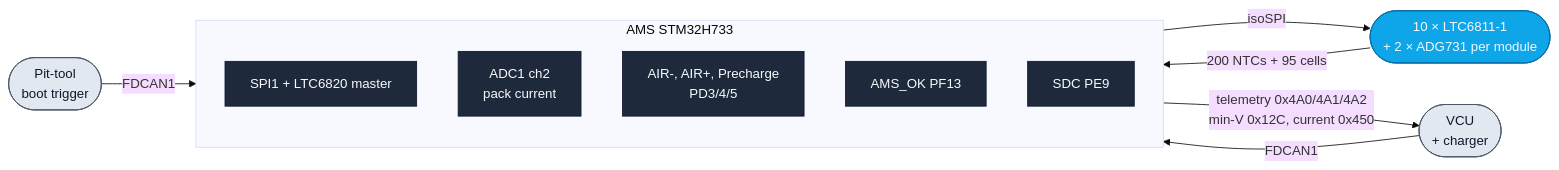
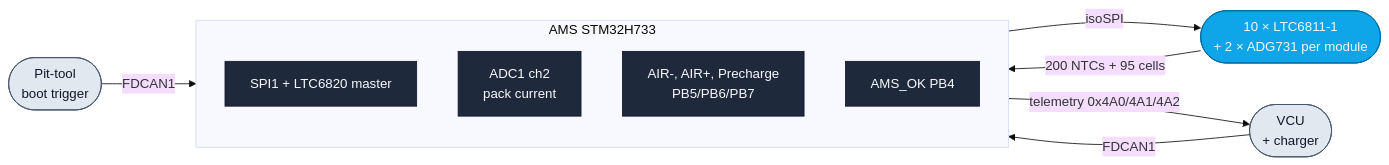
One commit to isc-fs/IFS08-CE-AMS changed the first of 2 diagrams in README.md. Above: the diagram before and after it, drawn with Mermaid (base theme). The commit also changed other lines of this file and 7 other files, not shown here.

````diff
--- a/README.md
+++ b/README.md
@@ -20,25 +21,24 @@
 ```mermaid
 flowchart LR
     VCU([VCU<br/>+ charger]) -- FDCAN1 --> AMS
     BENCH([Pit-tool<br/>boot trigger]) -- FDCAN1 --> AMS
 
     subgraph AMS[AMS STM32H733]
         SPI[SPI1 + LTC6820 master]
         ADC[ADC1 ch2<br/>pack current]
-        Relays[AIR-, AIR+, Precharge<br/>PD3/4/5]
-        AmsOk[AMS_OK PF13]
-        SDC[SDC PE9]
+        Relays[AIR-, AIR+, Precharge<br/>PB5/PB6/PB7]
+        AmsOk[AMS_OK PB4]
     end
 
     AMS -- "isoSPI" --> Chain([10 × LTC6811-1<br/>+ 2 × ADG731 per module])
     Chain -- "200 NTCs + 95 cells" --> AMS
 
-    AMS -- "telemetry 0x4A0/4A1/4A2<br/>min-V 0x12C, current 0x450" --> VCU
+    AMS -- "telemetry 0x4A0/4A1/4A2" --> VCU
 
     classDef ext  fill:#e2e8f0,stroke:#475569,color:#0f172a
     classDef hw   fill:#1e293b,stroke:#0f172a,color:#f8fafc
     classDef bus  fill:#0ea5e9,stroke:#0369a1,color:#f0f9ff
     class VCU,BENCH ext
-    class SPI,ADC,Relays,AmsOk,SDC hw
+    class SPI,ADC,Relays,AmsOk hw
     class Chain bus
 ```
````
